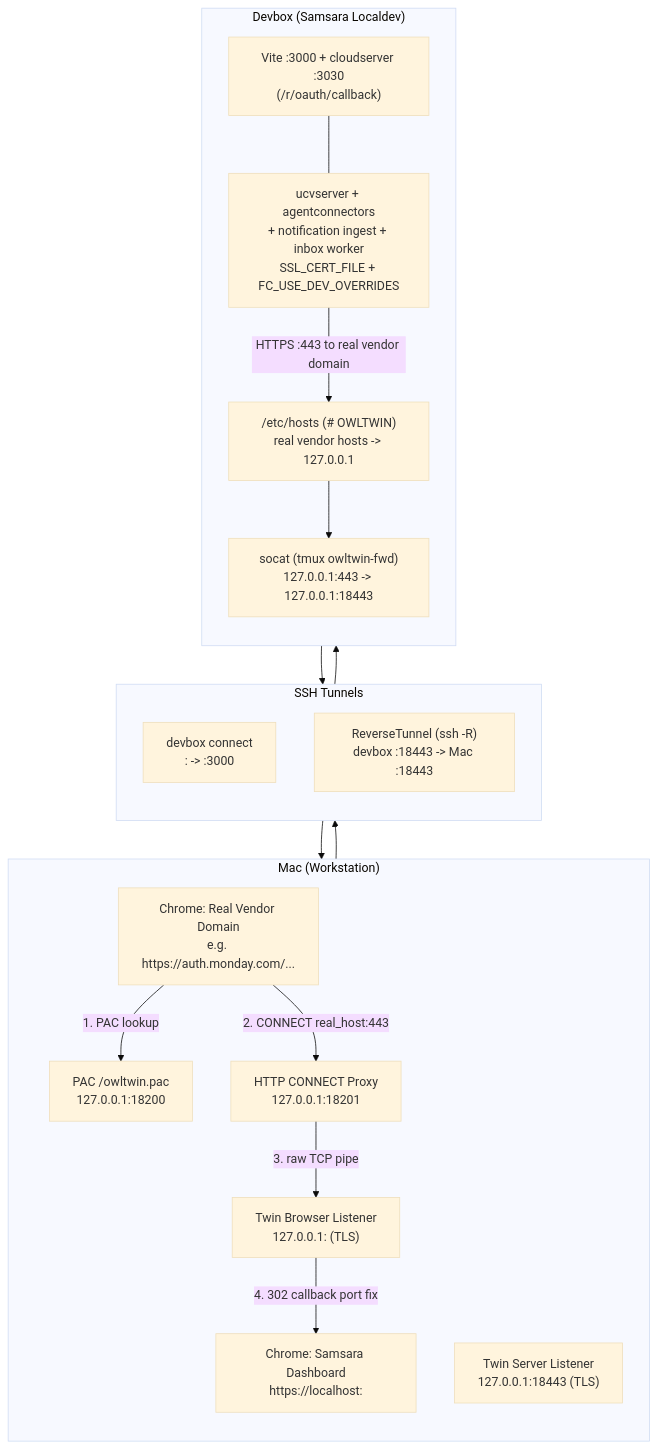
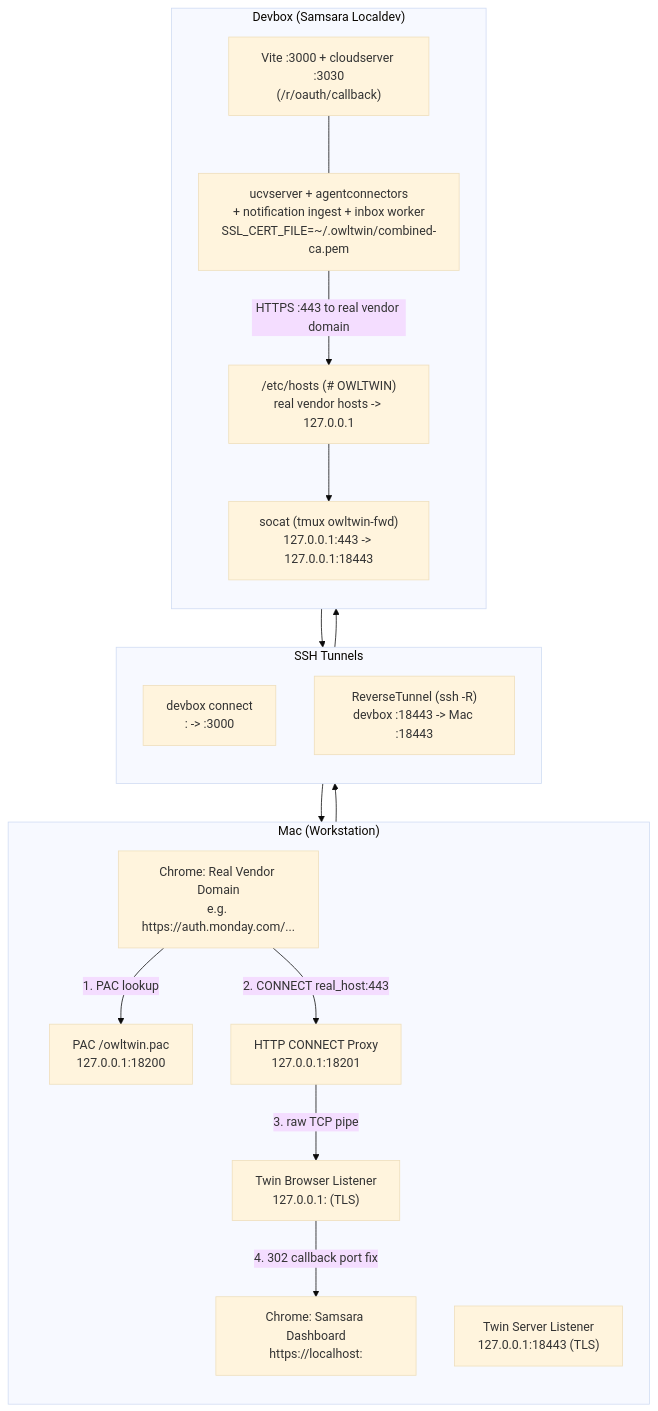
One commit to bartosz-jasak-samsara/owlauthtwin-local-notification changed the first of 5 diagrams in docs/overview.md. Above: the diagram before and after it, drawn with Mermaid (base theme). The commit also changed other lines of this file and 2 other files, not shown here.

````diff
--- a/docs/overview.md
+++ b/docs/overview.md
@@ -22,38 +22,38 @@
 ```mermaid
 flowchart TB
   subgraph Mac["Mac (Workstation)"]
     direction TB
     ChromeDash["Chrome: Samsara Dashboard\nhttps://localhost:<port>"]
     ChromeOAuth["Chrome: Real Vendor Domain\ne.g. https://auth.monday.com/..."]
     PAC["PAC /owltwin.pac\n127.0.0.1:18200"]
     Proxy["HTTP CONNECT Proxy\n127.0.0.1:18201"]
     TwinB["Twin Browser Listener\n127.0.0.1:<free_port> (TLS)"]
     TwinS["Twin Server Listener\n127.0.0.1:18443 (TLS)"]
 
     ChromeOAuth -- "1. PAC lookup" --> PAC
     ChromeOAuth -- "2. CONNECT real_host:443" --> Proxy
     Proxy -- "3. raw TCP pipe" --> TwinB
     TwinB -- "4. 302 callback port fix" --> ChromeDash
   end
 
   subgraph Tunnels["SSH Tunnels"]
     direction TB
     DevConnect["devbox connect\n:<port> -> :3000"]
     RevSSH["ReverseTunnel (ssh -R)\ndevbox :18443 -> Mac :18443"]
   end
 
   subgraph Devbox["Devbox (Samsara Localdev)"]
     direction TB
     Dashboard["Vite :3000 + cloudserver :3030\n(/r/oauth/callback)"]
-    Backend["ucvserver + agentconnectors\n+ notification ingest + inbox worker\nSSL_CERT_FILE + FC_USE_DEV_OVERRIDES"]
+    Backend["ucvserver + agentconnectors\n+ notification ingest + inbox worker\nSSL_CERT_FILE=~/.owltwin/combined-ca.pem"]
     Hosts["/etc/hosts (# OWLTWIN)\nreal vendor hosts -> 127.0.0.1"]
     Socat["socat (tmux owltwin-fwd)\n127.0.0.1:443 -> 127.0.0.1:18443"]
 
     Dashboard --- Backend
     Backend -- "HTTPS :443 to real vendor domain" --> Hosts
     Hosts --> Socat
   end
 
   ChromeDash --> DevConnect --> Dashboard
   Socat --> RevSSH --> TwinS
 ```
````
